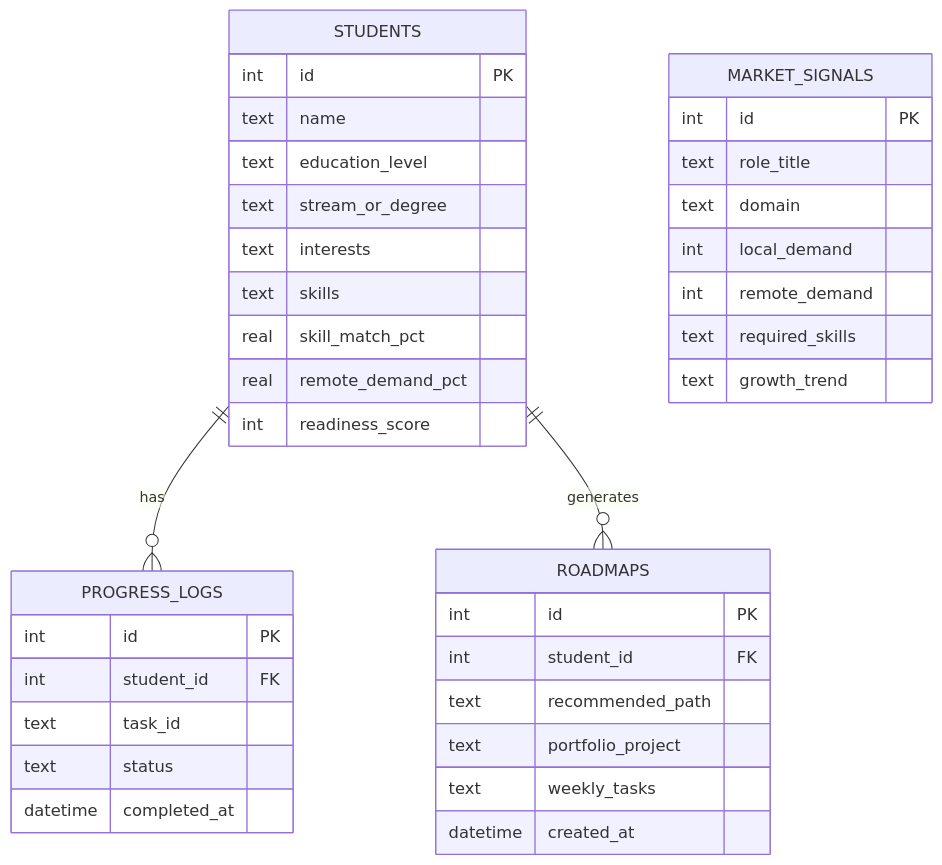
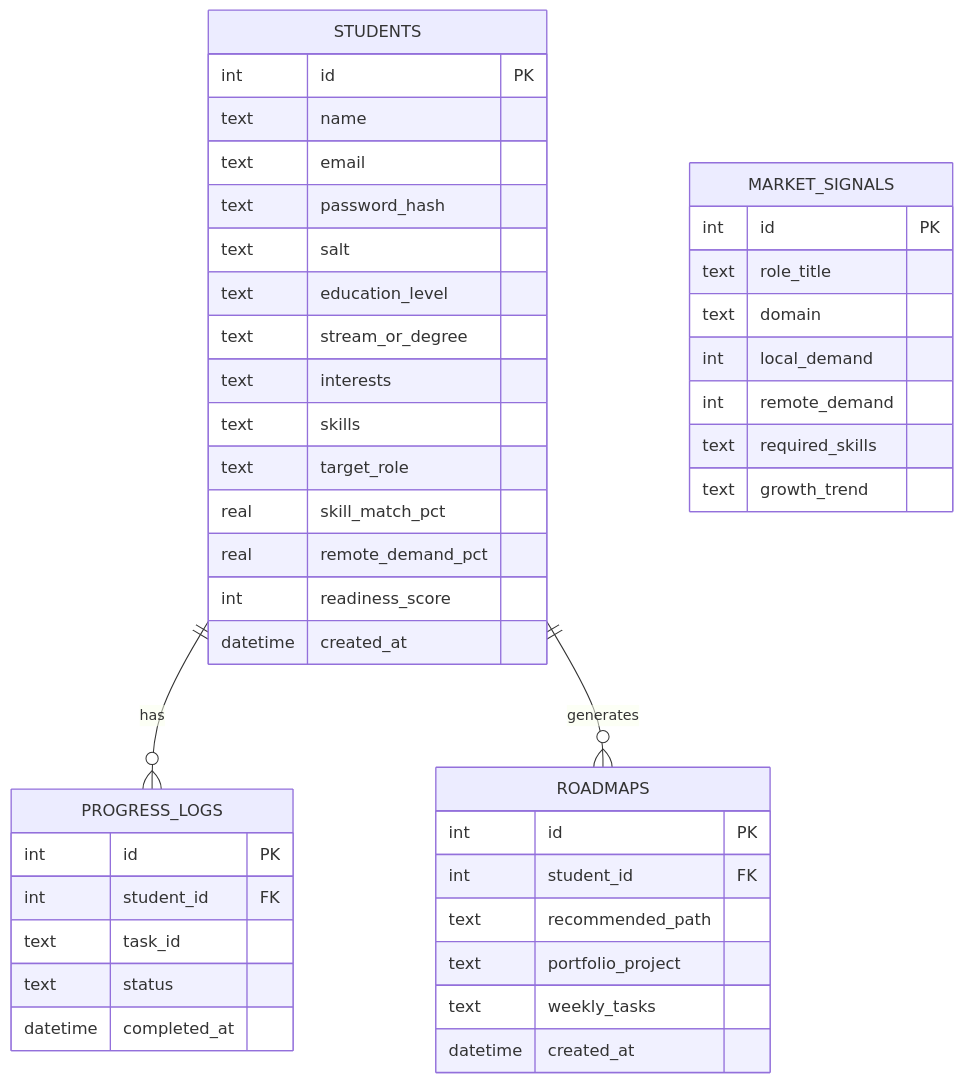
The eighth of 9 diagrams in .qoder/repowiki/en/content/Technical Implementation.md (Alishba-Moin/CareerCompass), drawn with Mermaid before and after one commit. The commit also changed other lines of this file and 17 other files, not shown here.

````diff
--- a/.qoder/repowiki/en/content/Technical Implementation.md
+++ b/.qoder/repowiki/en/content/Technical Implementation.md
@@ -269,40 +363,45 @@
 ```mermaid
 erDiagram
 STUDENTS ||--o{ PROGRESS_LOGS : has
 STUDENTS ||--o{ ROADMAPS : generates
 MARKET_SIGNALS {
 int id PK
 text role_title
 text domain
 int local_demand
 int remote_demand
 text required_skills
 text growth_trend
 }
 STUDENTS {
 int id PK
 text name
+text email
+text password_hash
+text salt
 text education_level
 text stream_or_degree
 text interests
 text skills
+text target_role
 real skill_match_pct
 real remote_demand_pct
 int readiness_score
+datetime created_at
 }
 ROADMAPS {
 int id PK
 int student_id FK
 text recommended_path
 text portfolio_project
 text weekly_tasks
 datetime created_at
 }
 PROGRESS_LOGS {
 int id PK
 int student_id FK
 text task_id
 text status
 datetime completed_at
 }
 ```
````
